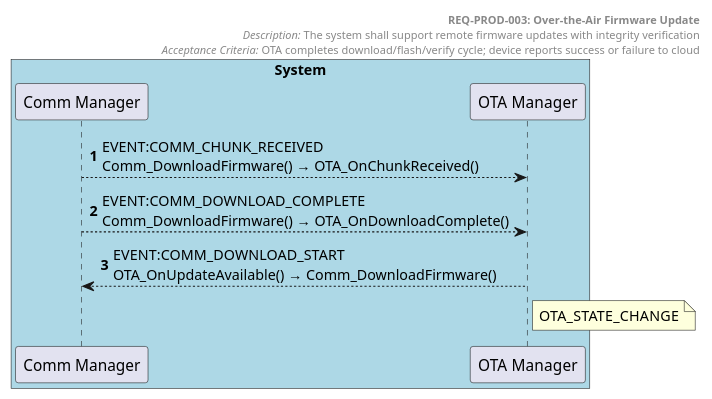
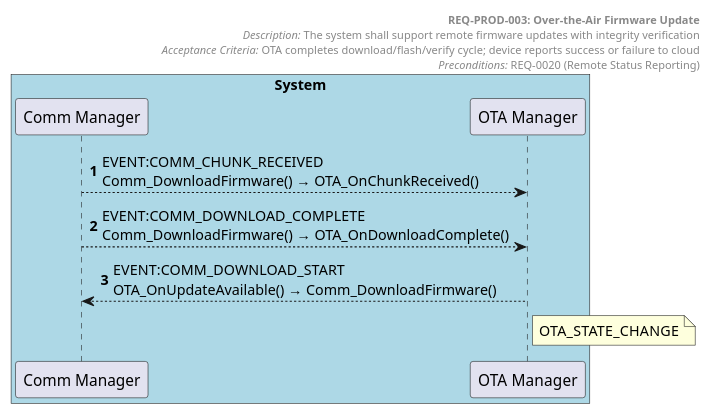
Before and after one commit to tvanfossen/doxygen-guard-example: the diagram in docs/generated/sequences/REQ-PROD-003.puml, drawn with PlantUML. The commit also changed 9 other files, not shown here.

First line of the commit message:
Add @supports and @assumes tags, regenerate diagrams

```diff
--- a/docs/generated/sequences/REQ-PROD-003.puml
+++ b/docs/generated/sequences/REQ-PROD-003.puml
@@ -1,21 +1,22 @@
 @startuml REQ-PROD-003 Over-the-Air Firmware Update
 autonumber
 
 box "System" #LightBlue
   participant "Comm Manager" as Comm_Manager
   participant "OTA Manager" as OTA_Manager
 end box
 
 header
   **REQ-PROD-003: Over-the-Air Firmware Update**
   //Description:// The system shall support remote firmware updates with integrity verification
   //Acceptance Criteria:// OTA completes download/flash/verify cycle; device reports success or failure to cloud
+  //Preconditions:// REQ-0020 (Remote Status Reporting)
 end header
 
 
 Comm_Manager --> OTA_Manager: EVENT:COMM_CHUNK_RECEIVED\nComm_DownloadFirmware() → OTA_OnChunkReceived()
 Comm_Manager --> OTA_Manager: EVENT:COMM_DOWNLOAD_COMPLETE\nComm_DownloadFirmware() → OTA_OnDownloadComplete()
 OTA_Manager --> Comm_Manager: EVENT:COMM_DOWNLOAD_START\nOTA_OnUpdateAvailable() → Comm_DownloadFirmware()
 note right of OTA_Manager: OTA_STATE_CHANGE
 
 @enduml
```
